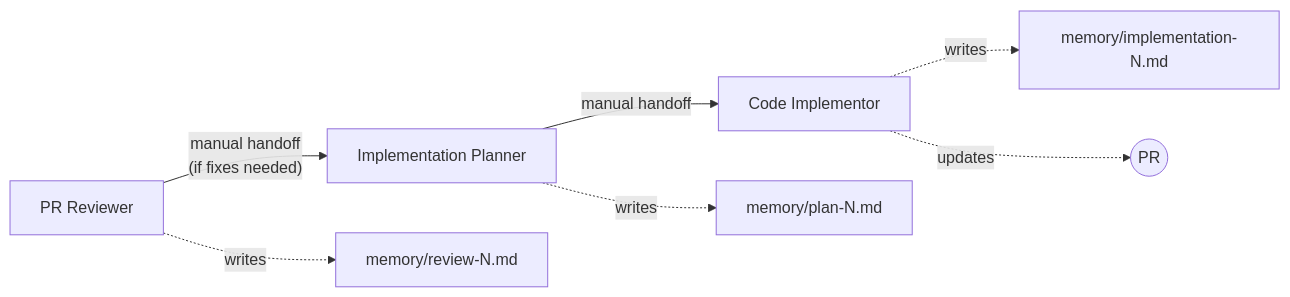
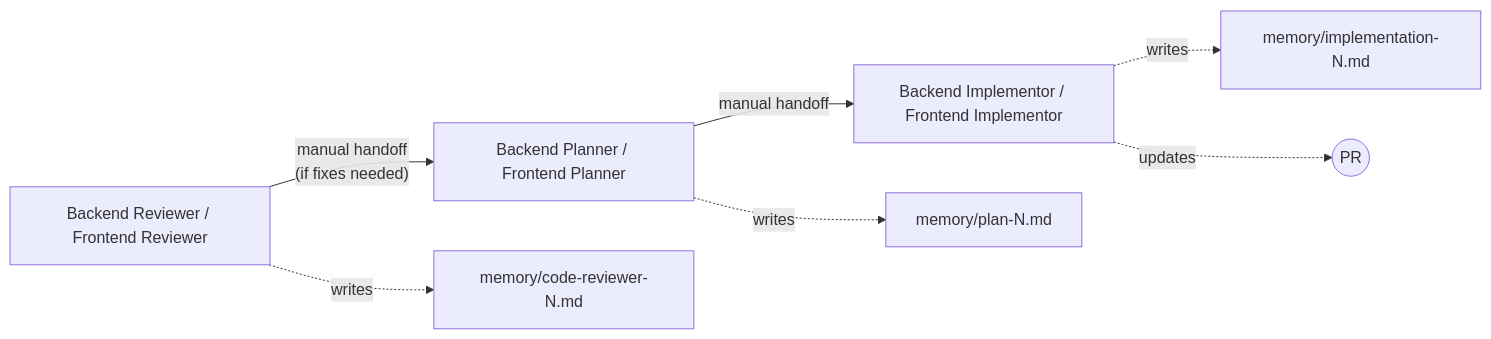
Before and after one commit to g-nogueira/BudgedManager: the third of 3 diagrams in README.md, drawn with Mermaid. The commit also changed other lines of this file and 25 other files, not shown here.

````diff
--- a/README.md
+++ b/README.md
@@ -98,13 +136,13 @@
 ```mermaid
 flowchart LR
-    PRR["PR Reviewer"]
-    IP["Implementation Planner"]
-    CI["Code Implementor"]
+    PRR["Backend Reviewer / Frontend Reviewer"]
+    BP["Backend Planner / Frontend Planner"]
+    BI["Backend Implementor / Frontend Implementor"]
 
-    PRR -- "manual handoff\n(if fixes needed)" --> IP -- "manual handoff" --> CI
+    PRR -- "manual handoff\n(if fixes needed)" --> BP -- "manual handoff" --> BI
 
-    PRR -. "writes" .-> M1["memory/review-N.md"]
-    IP -. "writes" .-> M2["memory/plan-N.md"]
-    CI -. "writes" .-> M3["memory/implementation-N.md"]
-    CI -. "updates" .-> PR(("PR"))
+    PRR -. "writes" .-> M1["memory/code-reviewer-N.md"]
+    BP -. "writes" .-> M2["memory/plan-N.md"]
+    BI -. "writes" .-> M3["memory/implementation-N.md"]
+    BI -. "updates" .-> PR(("PR"))
 ```
````
